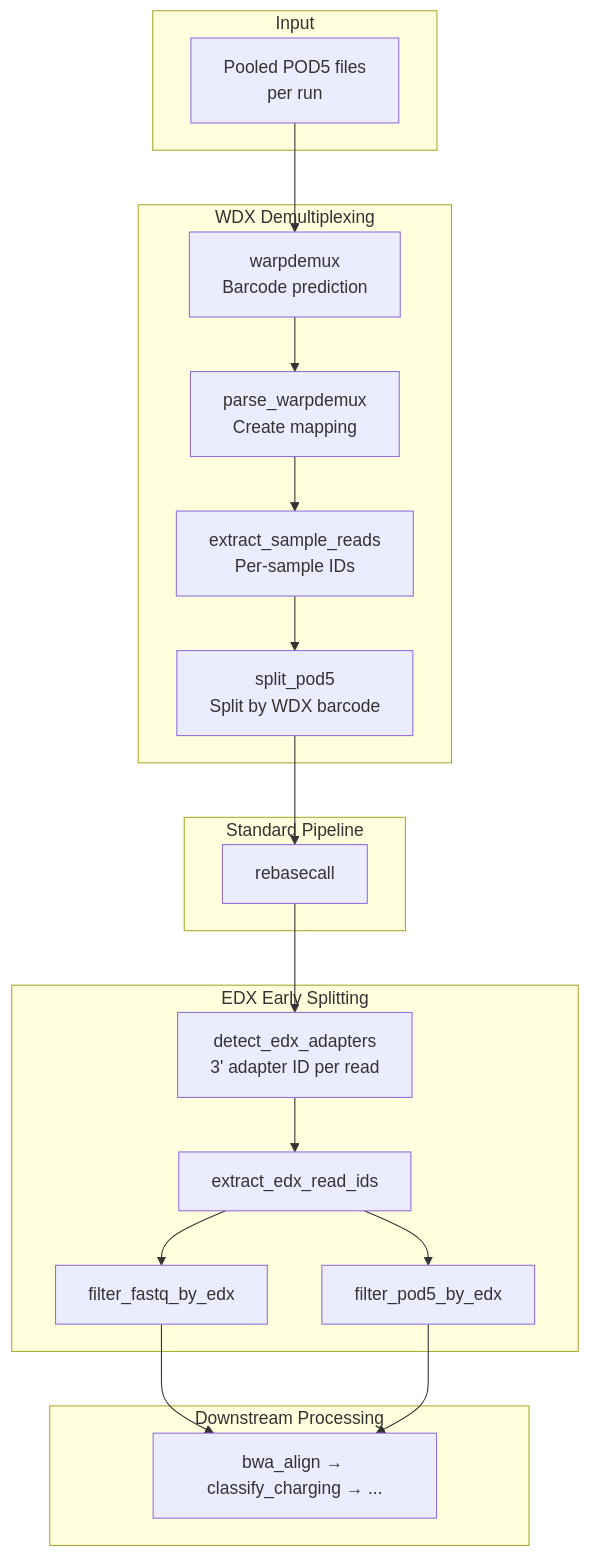
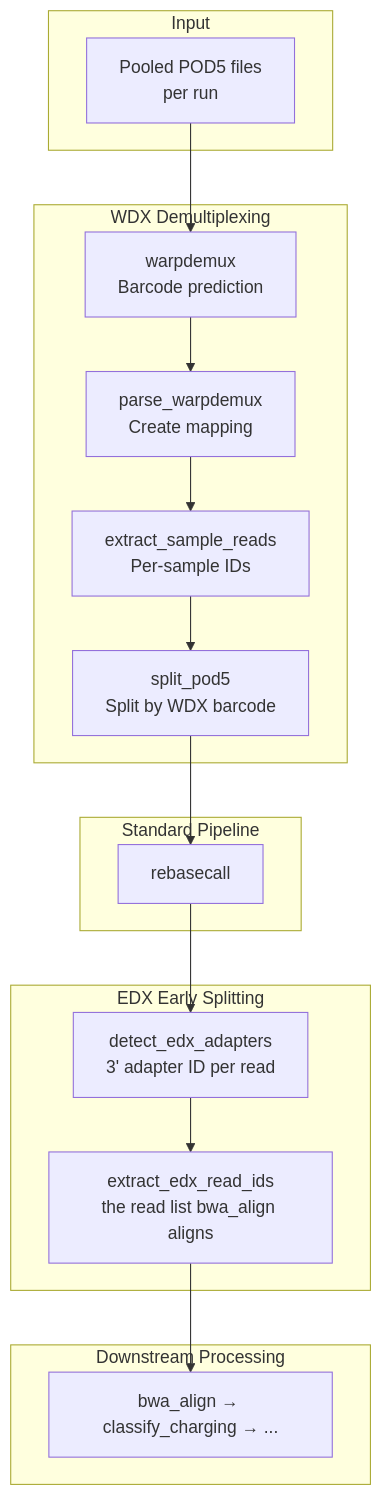
Before and after one commit to rnabioco/aa-tRNA-seq-pipeline: the third of 3 diagrams in docs/workflow/overview.md, drawn with Mermaid. The commit also changed other lines of this file and 27 other files, not shown here.

First line of the commit message:
perf(process)!: stream dorado tags through bwa and stop copying POD5 (#154)

````diff
--- a/docs/workflow/overview.md
+++ b/docs/workflow/overview.md
@@ -97,32 +96,29 @@
 ```mermaid
 flowchart TB
     subgraph Input
         A[Pooled POD5 files<br/>per run]
     end
 
     subgraph WDX[WDX Demultiplexing]
         B[warpdemux<br/>Barcode prediction]
         C[parse_warpdemux<br/>Create mapping]
         D[extract_sample_reads<br/>Per-sample IDs]
         E[split_pod5<br/>Split by WDX barcode]
     end
 
     subgraph Standard[Standard Pipeline]
         F[rebasecall]
     end
 
     subgraph EDX[EDX Early Splitting]
         G[detect_edx_adapters<br/>3' adapter ID per read]
-        H[extract_edx_read_ids]
-        I[filter_fastq_by_edx]
-        J[filter_pod5_by_edx]
+        H[extract_edx_read_ids<br/>the read list bwa_align aligns]
     end
 
     subgraph Downstream[Downstream Processing]
         K[bwa_align → classify_charging → ...]
     end
 
     A --> B --> C --> D --> E --> F --> G --> H
-    H --> I --> K
-    H --> J --> K
+    H --> K
 ```
````
